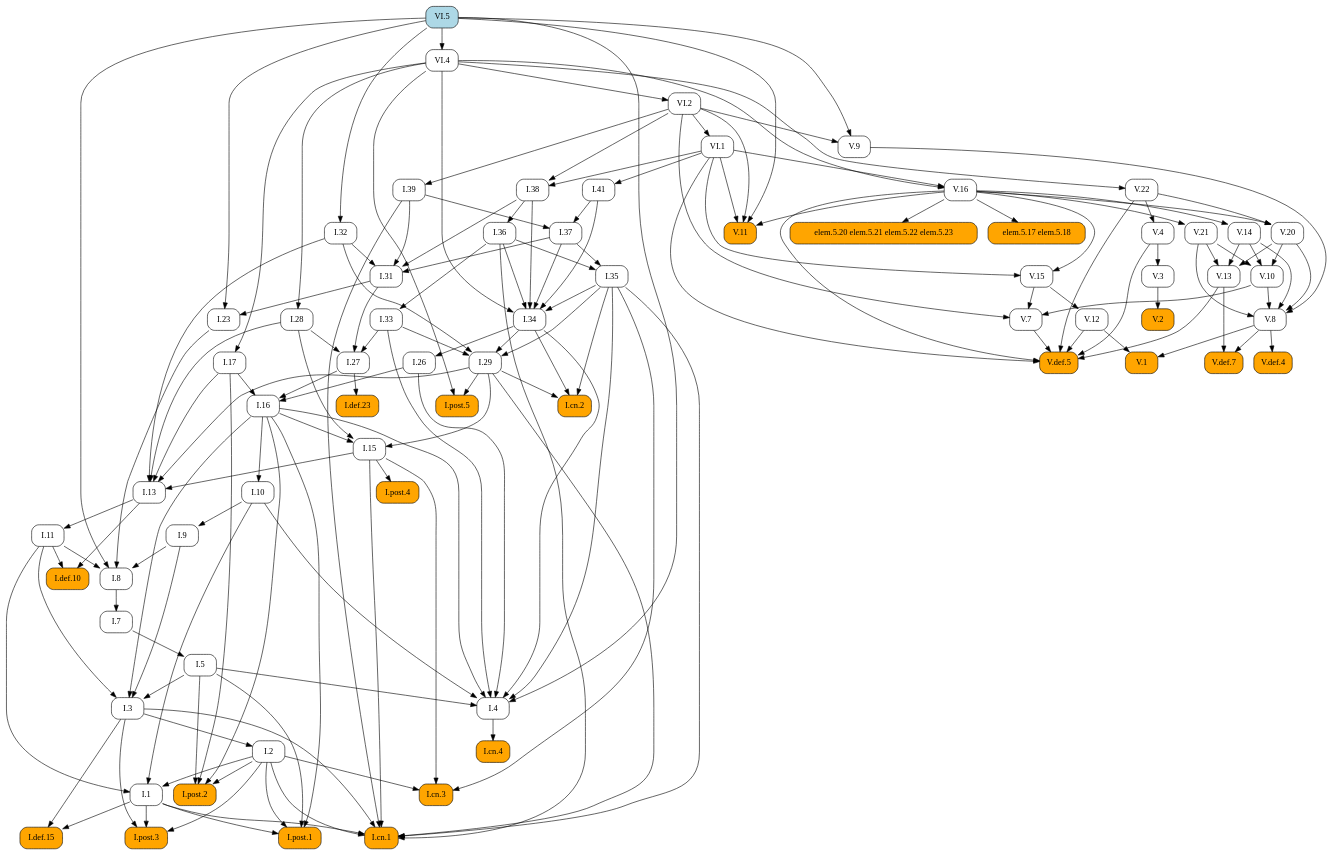
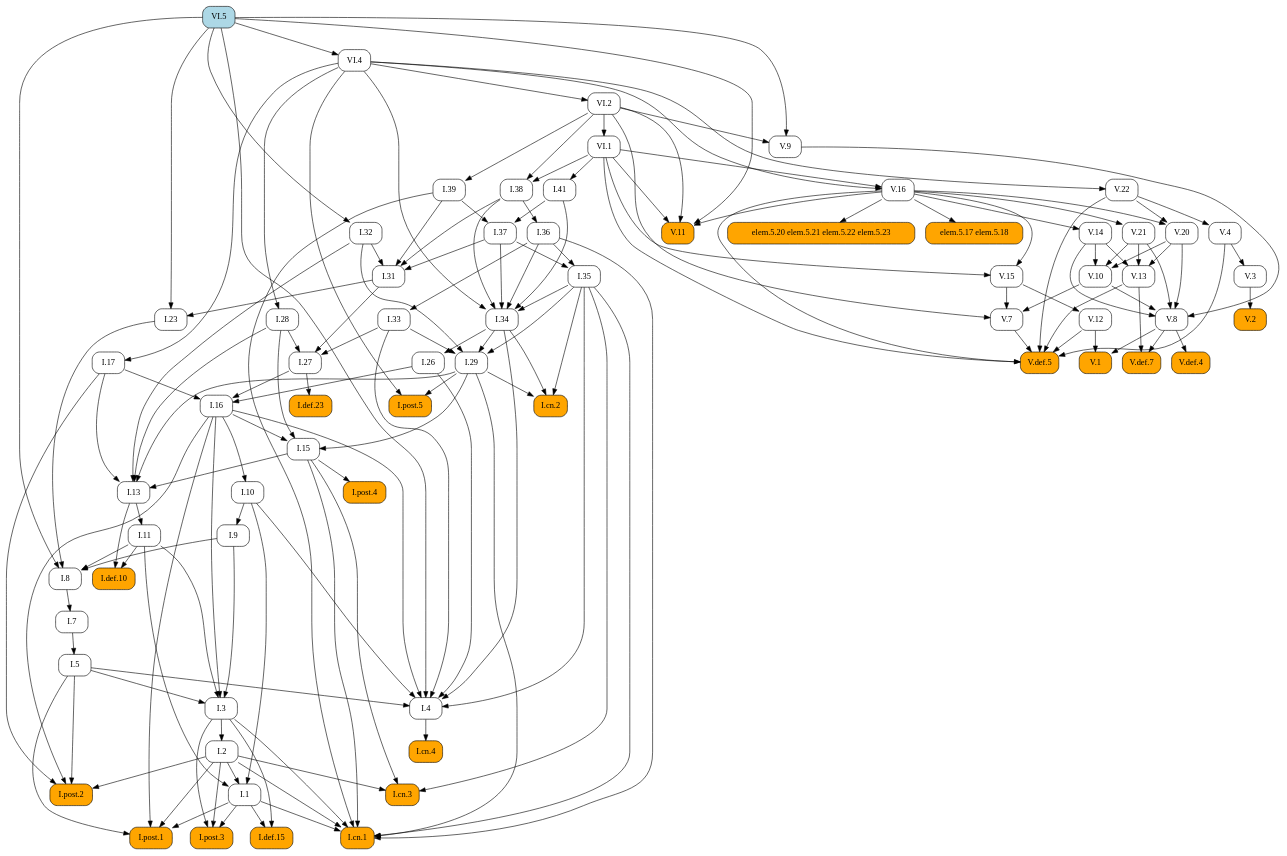
Before and after one commit to geometor/elements: the diagram in docsrc/heath/VI/5/index.rst, drawn with Graphviz. The commit also changed other lines of this file and 1029 other files, not shown here.

```diff
--- a/docsrc/heath/VI/5/index.rst
+++ b/docsrc/heath/VI/5/index.rst
@@ -115,116 +115,194 @@
    digraph {
      rankdir="TB";
      node [shape=box, style=rounded];
+     "I.def.10" [style="rounded,filled", fillcolor=orange, URL="/heath/I/def.10/", target="_top"];
+     "I.11" [URL="/heath/I/11/", target="_top"];
+     "I.post.4" [style="rounded,filled", fillcolor=orange, URL="/heath/I/post.4/", target="_top"];
+     "I.28" [URL="/heath/I/28/", target="_top"];
+     "I.1" [URL="/heath/I/1/", target="_top"];
+     "V.def.5" [style="rounded,filled", fillcolor=orange, URL="/heath/V/def.5/", target="_top"];
+     "V.13" [URL="/heath/V/13/", target="_top"];
+     "V.11" [style="rounded,filled", fillcolor=orange, URL="/heath/V/11/", target="_top"];
+     "I.post.3" [style="rounded,filled", fillcolor=orange, URL="/heath/I/post.3/", target="_top"];
+     "VI.1" [URL="/heath/VI/1/", target="_top"];
+     "I.cn.3" [style="rounded,filled", fillcolor=orange, URL="/heath/I/cn.3/", target="_top"];
+     "V.16" [URL="/heath/V/16/", target="_top"];
+     "VI.4" [URL="/heath/VI/4/", target="_top"];
+     "V.3" [URL="/heath/V/3/", target="_top"];
+     "V.8" [URL="/heath/V/8/", target="_top"];
+     "I.27" [URL="/heath/I/27/", target="_top"];
+     "I.36" [URL="/heath/I/36/", target="_top"];
+     "I.41" [URL="/heath/I/41/", target="_top"];
+     "I.37" [URL="/heath/I/37/", target="_top"];
+     "I.34" [URL="/heath/I/34/", target="_top"];
+     "I.2" [URL="/heath/I/2/", target="_top"];
+     "I.def.23" [style="rounded,filled", fillcolor=orange, URL="/heath/I/def.23/", target="_top"];
+     "I.17" [URL="/heath/I/17/", target="_top"];
+     "I.33" [URL="/heath/I/33/", target="_top"];
+     "I.post.2" [style="rounded,filled", fillcolor=orange, URL="/heath/I/post.2/", target="_top"];
+     "elem.5.20 elem.5.21 elem.5.22 elem.5.23" [style="rounded,filled", fillcolor=orange];
+     "I.9" [URL="/heath/I/9/", target="_top"];
+     "I.32" [URL="/heath/I/32/", target="_top"];
+     "I.cn.4" [style="rounded,filled", fillcolor=orange, URL="/heath/I/cn.4/", target="_top"];
+     "V.def.4" [style="rounded,filled", fillcolor=orange, URL="/heath/V/def.4/", target="_top"];
+     "I.15" [URL="/heath/I/15/", target="_top"];
+     "I.38" [URL="/heath/I/38/", target="_top"];
+     "V.def.7" [style="rounded,filled", fillcolor=orange, URL="/heath/V/def.7/", target="_top"];
+     "I.5" [URL="/heath/I/5/", target="_top"];
+     "V.21" [URL="/heath/V/21/", target="_top"];
+     "I.39" [URL="/heath/I/39/", target="_top"];
+     "I.26" [URL="/heath/I/26/", target="_top"];
+     "VI.5" [style="rounded,filled", fillcolor=lightblue, URL="/heath/VI/5/", target="_top"];
+     "V.14" [URL="/heath/V/14/", target="_top"];
+     "I.29" [URL="/heath/I/29/", target="_top"];
+     "V.22" [URL="/heath/V/22/", target="_top"];
+     "V.12" [URL="/heath/V/12/", target="_top"];
+     "I.cn.2" [style="rounded,filled", fillcolor=orange, URL="/heath/I/cn.2/", target="_top"];
+     "V.20" [URL="/heath/V/20/", target="_top"];
+     "V.10" [URL="/heath/V/10/", target="_top"];
+     "VI.2" [URL="/heath/VI/2/", target="_top"];
+     "I.def.15" [style="rounded,filled", fillcolor=orange, URL="/heath/I/def.15/", target="_top"];
+     "V.15" [URL="/heath/V/15/", target="_top"];
+     "I.cn.1" [style="rounded,filled", fillcolor=orange, URL="/heath/I/cn.1/", target="_top"];
+     "V.7" [URL="/heath/V/7/", target="_top"];
+     "V.9" [URL="/heath/V/9/", target="_top"];
+     "I.23" [URL="/heath/I/23/", target="_top"];
+     "I.post.1" [style="rounded,filled", fillcolor=orange, URL="/heath/I/post.1/", target="_top"];
+     "I.35" [URL="/heath/I/35/", target="_top"];
+     "I.7" [URL="/heath/I/7/", target="_top"];
+     "I.3" [URL="/heath/I/3/", target="_top"];
+     "I.4" [URL="/heath/I/4/", target="_top"];
+     "I.13" [URL="/heath/I/13/", target="_top"];
+     "V.4" [URL="/heath/V/4/", target="_top"];
+     "I.31" [URL="/heath/I/31/", target="_top"];
      "V.1" [style="rounded,filled", fillcolor=orange, URL="/heath/V/1/", target="_top"];
-     "I.29" [URL="/heath/I/29/", target="_top"];
-     "I.7" [URL="/heath/I/7/", target="_top"];
-     "I.27" [URL="/heath/I/27/", target="_top"];
-     "I.def.23" [style="rounded,filled", fillcolor=orange, URL="/heath/I/def.23/", target="_top"];
-     "V.20" [URL="/heath/V/20/", target="_top"];
-     "I.34" [URL="/heath/I/34/", target="_top"];
+     "I.16" [URL="/heath/I/16/", target="_top"];
+     "elem.5.17 elem.5.18" [style="rounded,filled", fillcolor=orange];
      "I.8" [URL="/heath/I/8/", target="_top"];
      "V.2" [style="rounded,filled", fillcolor=orange, URL="/heath/V/2/", target="_top"];
-     "I.9" [URL="/heath/I/9/", target="_top"];
-     "V.22" [URL="/heath/V/22/", target="_top"];
-     "I.post.4" [style="rounded,filled", fillcolor=orange, URL="/heath/I/post.4/", target="_top"];
-     "I.2" [URL="/heath/I/2/", target="_top"];
-     "V.4" [URL="/heath/V/4/", target="_top"];
-     "I.28" [URL="/heath/I/28/", target="_top"];
-     "VI.4" [URL="/heath/VI/4/", target="_top"];
-     "I.cn.4" [style="rounded,filled", fillcolor=orange, URL="/heath/I/cn.4/", target="_top"];
-     "VI.2" [URL="/heath/VI/2/", target="_top"];
-     "VI.5" [style="rounded,filled", fillcolor=lightblue, URL="/heath/VI/5/", target="_top"];
-     "elem.5.20 elem.5.21 elem.5.22 elem.5.23" [style="rounded,filled", fillcolor=orange];
-     "I.23" [URL="/heath/I/23/", target="_top"];
-     "I.13" [URL="/heath/I/13/", target="_top"];
-     "I.5" [URL="/heath/I/5/", target="_top"];
-     "I.11" [URL="/heath/I/11/", target="_top"];
-     "I.4" [URL="/heath/I/4/", target="_top"];
-     "I.def.10" [style="rounded,filled", fillcolor=orange, URL="/heath/I/def.10/", target="_top"];
-     "I.post.3" [style="rounded,filled", fillcolor=orange, URL="/heath/I/post.3/", target="_top"];
-     "V.9" [URL="/heath/V/9/", target="_top"];
-     "elem.5.17 elem.5.18" [style="rounded,filled", fillcolor=orange];
-     "V.3" [URL="/heath/V/3/", target="_top"];
-     "I.36" [URL="/heath/I/36/", target="_top"];
-     "V.12" [URL="/heath/V/12/", target="_top"];
-     "I.15" [URL="/heath/I/15/", target="_top"];
-     "I.17" [URL="/heath/I/17/", target="_top"];
-     "I.32" [URL="/heath/I/32/", target="_top"];
-     "I.41" [URL="/heath/I/41/", target="_top"];
-     "V.def.5" [style="rounded,filled", fillcolor=orange, URL="/heath/V/def.5/", target="_top"];
-     "I.cn.3" [style="rounded,filled", fillcolor=orange, URL="/heath/I/cn.3/", target="_top"];
-     "V.16" [URL="/heath/V/16/", target="_top"];
-     "I.38" [URL="/heath/I/38/", target="_top"];
-     "V.15" [URL="/heath/V/15/", target="_top"];
-     "V.def.4" [style="rounded,filled", fillcolor=orange, URL="/heath/V/def.4/", target="_top"];
-     "V.21" [URL="/heath/V/21/", target="_top"];
-     "V.8" [URL="/heath/V/8/", target="_top"];
-     "V.7" [URL="/heath/V/7/", target="_top"];
-     "I.1" [URL="/heath/I/1/", target="_top"];
-     "I.def.15" [style="rounded,filled", fillcolor=orange, URL="/heath/I/def.15/", target="_top"];
-     "I.post.1" [style="rounded,filled", fillcolor=orange, URL="/heath/I/post.1/", target="_top"];
-     "V.13" [URL="/heath/V/13/", target="_top"];
-     "I.26" [URL="/heath/I/26/", target="_top"];
-     "I.33" [URL="/heath/I/33/", target="_top"];
-     "V.def.7" [style="rounded,filled", fillcolor=orange, URL="/heath/V/def.7/", target="_top"];
-     "I.39" [URL="/heath/I/39/", target="_top"];
-     "I.cn.2" [style="rounded,filled", fillcolor=orange, URL="/heath/I/cn.2/", target="_top"];
-     "V.10" [URL="/heath/V/10/", target="_top"];
+     "I.post.5" [style="rounded,filled", fillcolor=orange, URL="/heath/I/post.5/", target="_top"];
      "I.10" [URL="/heath/I/10/", target="_top"];
-     "I.3" [URL="/heath/I/3/", target="_top"];
-     "I.16" [URL="/heath/I/16/", target="_top"];
-     "I.31" [URL="/heath/I/31/", target="_top"];
-     "V.11" [style="rounded,filled", fillcolor=orange, URL="/heath/V/11/", target="_top"];
-     "I.post.2" [style="rounded,filled", fillcolor=orange, URL="/heath/I/post.2/", target="_top"];
-     "I.post.5" [style="rounded,filled", fillcolor=orange, URL="/heath/I/post.5/", target="_top"];
-     "VI.1" [URL="/heath/VI/1/", target="_top"];
-     "I.35" [URL="/heath/I/35/", target="_top"];
-     "I.cn.1" [style="rounded,filled", fillcolor=orange, URL="/heath/I/cn.1/", target="_top"];
-     "I.37" [URL="/heath/I/37/", target="_top"];
-     "V.14" [URL="/heath/V/14/", target="_top"];
-     "V.8" -> "V.1";
-     "V.12" -> "V.1";
-     "I.32" -> "I.29";
-     "I.33" -> "I.29";
-     "I.34" -> "I.29";
-     "I.35" -> "I.29";
-     "I.8" -> "I.7";
+     "I.11" -> "I.def.10";
+     "I.13" -> "I.def.10";
+     "I.13" -> "I.11";
+     "I.15" -> "I.post.4";
+     "VI.4" -> "I.28";
+     "I.2" -> "I.1";
+     "I.10" -> "I.1";
+     "I.11" -> "I.1";
+     "V.4" -> "V.def.5";
+     "V.7" -> "V.def.5";
+     "V.12" -> "V.def.5";
+     "V.13" -> "V.def.5";
+     "V.16" -> "V.def.5";
+     "V.22" -> "V.def.5";
+     "VI.1" -> "V.def.5";
+     "V.14" -> "V.13";
+     "V.20" -> "V.13";
+     "V.21" -> "V.13";
+     "V.16" -> "V.11";
+     "VI.1" -> "V.11";
+     "VI.2" -> "V.11";
+     "VI.5" -> "V.11";
+     "I.1" -> "I.post.3";
+     "I.2" -> "I.post.3";
+     "I.3" -> "I.post.3";
+     "VI.2" -> "VI.1";
+     "I.2" -> "I.cn.3";
+     "I.15" -> "I.cn.3";
+     "I.35" -> "I.cn.3";
+     "VI.1" -> "V.16";
+     "VI.4" -> "V.16";
+     "VI.5" -> "VI.4";
+     "V.4" -> "V.3";
+     "V.9" -> "V.8";
+     "V.10" -> "V.8";
+     "V.14" -> "V.8";
+     "V.20" -> "V.8";
+     "V.21" -> "V.8";
      "I.28" -> "I.27";
      "I.31" -> "I.27";
      "I.33" -> "I.27";
-     "I.27" -> "I.def.23";
-     "V.16" -> "V.20";
-     "V.22" -> "V.20";
+     "I.38" -> "I.36";
+     "VI.1" -> "I.41";
+     "I.39" -> "I.37";
+     "I.41" -> "I.37";
      "I.35" -> "I.34";
      "I.36" -> "I.34";
      "I.37" -> "I.34";
      "I.38" -> "I.34";
      "I.41" -> "I.34";
      "VI.4" -> "I.34";
-     "I.9" -> "I.8";
-     "I.11" -> "I.8";
-     "I.23" -> "I.8";
-     "VI.5" -> "I.8";
-     "V.3" -> "V.2";
+     "I.3" -> "I.2";
+     "I.27" -> "I.def.23";
+     "VI.4" -> "I.17";
+     "I.36" -> "I.33";
+     "I.2" -> "I.post.2";
+     "I.5" -> "I.post.2";
+     "I.16" -> "I.post.2";
+     "I.17" -> "I.post.2";
+     "V.16" -> "elem.5.20 elem.5.21 elem.5.22 elem.5.23";
      "I.10" -> "I.9";
+     "VI.5" -> "I.32";
+     "I.4" -> "I.cn.4";
+     "V.8" -> "V.def.4";
+     "I.16" -> "I.15";
+     "I.28" -> "I.15";
+     "I.29" -> "I.15";
+     "VI.1" -> "I.38";
+     "VI.2" -> "I.38";
+     "V.8" -> "V.def.7";
+     "V.13" -> "V.def.7";
+     "I.7" -> "I.5";
+     "V.16" -> "V.21";
+     "VI.2" -> "I.39";
+     "I.34" -> "I.26";
+     "V.16" -> "V.14";
+     "I.32" -> "I.29";
+     "I.33" -> "I.29";
+     "I.34" -> "I.29";
+     "I.35" -> "I.29";
      "VI.4" -> "V.22";
-     "I.15" -> "I.post.4";
-     "I.3" -> "I.2";
-     "V.22" -> "V.4";
-     "VI.4" -> "I.28";
-     "VI.5" -> "VI.4";
-     "I.4" -> "I.cn.4";
+     "V.15" -> "V.12";
+     "I.29" -> "I.cn.2";
+     "I.34" -> "I.cn.2";
+     "I.35" -> "I.cn.2";
+     "V.16" -> "V.20";
+     "V.22" -> "V.20";
+     "V.14" -> "V.10";
+     "V.20" -> "V.10";
+     "V.21" -> "V.10";
      "VI.4" -> "VI.2";
-     "V.16" -> "elem.5.20 elem.5.21 elem.5.22 elem.5.23";
+     "I.1" -> "I.def.15";
+     "I.3" -> "I.def.15";
+     "V.16" -> "V.15";
+     "VI.1" -> "V.15";
+     "I.1" -> "I.cn.1";
+     "I.2" -> "I.cn.1";
+     "I.3" -> "I.cn.1";
+     "I.15" -> "I.cn.1";
+     "I.29" -> "I.cn.1";
+     "I.35" -> "I.cn.1";
+     "I.36" -> "I.cn.1";
+     "I.39" -> "I.cn.1";
+     "V.10" -> "V.7";
+     "V.15" -> "V.7";
+     "VI.2" -> "V.7";
+     "VI.2" -> "V.9";
+     "VI.5" -> "V.9";
      "I.31" -> "I.23";
      "VI.5" -> "I.23";
-     "I.15" -> "I.13";
-     "I.17" -> "I.13";
-     "I.28" -> "I.13";
-     "I.29" -> "I.13";
-     "I.32" -> "I.13";
-     "I.7" -> "I.5";
-     "I.13" -> "I.11";
+     "I.1" -> "I.post.1";
+     "I.2" -> "I.post.1";
+     "I.5" -> "I.post.1";
+     "I.16" -> "I.post.1";
+     "I.36" -> "I.35";
+     "I.37" -> "I.35";
+     "I.8" -> "I.7";
+     "I.5" -> "I.3";
+     "I.9" -> "I.3";
+     "I.11" -> "I.3";
+     "I.16" -> "I.3";
      "I.5" -> "I.4";
      "I.10" -> "I.4";
      "I.16" -> "I.4";
@@ -233,106 +311,28 @@
      "I.34" -> "I.4";
      "I.35" -> "I.4";
      "VI.5" -> "I.4";
-     "I.11" -> "I.def.10";
-     "I.13" -> "I.def.10";
-     "I.1" -> "I.post.3";
-     "I.2" -> "I.post.3";
-     "I.3" -> "I.post.3";
-     "VI.2" -> "V.9";
-     "VI.5" -> "V.9";
-     "V.16" -> "elem.5.17 elem.5.18";
-     "V.4" -> "V.3";
-     "I.38" -> "I.36";
-     "V.15" -> "V.12";
-     "I.16" -> "I.15";
-     "I.28" -> "I.15";
-     "I.29" -> "I.15";
-     "VI.4" -> "I.17";
-     "VI.5" -> "I.32";
-     "VI.1" -> "I.41";
-     "V.4" -> "V.def.5";
-     "V.7" -> "V.def.5";
-     "V.12" -> "V.def.5";
-     "V.13" -> "V.def.5";
-     "V.16" -> "V.def.5";
-     "V.22" -> "V.def.5";
-     "VI.1" -> "V.def.5";
-     "I.2" -> "I.cn.3";
-     "I.15" -> "I.cn.3";
-     "I.35" -> "I.cn.3";
-     "VI.1" -> "V.16";
-     "VI.4" -> "V.16";
-     "VI.1" -> "I.38";
-     "VI.2" -> "I.38";
-     "V.16" -> "V.15";
-     "VI.1" -> "V.15";
-     "V.8" -> "V.def.4";
-     "V.16" -> "V.21";
-     "V.9" -> "V.8";
-     "V.10" -> "V.8";
-     "V.14" -> "V.8";
-     "V.20" -> "V.8";
-     "V.21" -> "V.8";
-     "V.10" -> "V.7";
-     "V.15" -> "V.7";
-     "VI.2" -> "V.7";
-     "I.2" -> "I.1";
-     "I.10" -> "I.1";
-     "I.11" -> "I.1";
-     "I.1" -> "I.def.15";
-     "I.3" -> "I.def.15";
-     "I.1" -> "I.post.1";
-     "I.2" -> "I.post.1";
-     "I.5" -> "I.post.1";
-     "I.16" -> "I.post.1";
-     "V.14" -> "V.13";
-     "V.20" -> "V.13";
-     "V.21" -> "V.13";
-     "I.34" -> "I.26";
-     "I.36" -> "I.33";
-     "V.8" -> "V.def.7";
-     "V.13" -> "V.def.7";
-     "VI.2" -> "I.39";
-     "I.29" -> "I.cn.2";
-     "I.34" -> "I.cn.2";
-     "I.35" -> "I.cn.2";
-     "V.14" -> "V.10";
-     "V.20" -> "V.10";
-     "V.21" -> "V.10";
-     "I.16" -> "I.10";
-     "I.5" -> "I.3";
-     "I.9" -> "I.3";
-     "I.11" -> "I.3";
-     "I.16" -> "I.3";
-     "I.17" -> "I.16";
-     "I.26" -> "I.16";
-     "I.27" -> "I.16";
+     "I.15" -> "I.13";
+     "I.17" -> "I.13";
+     "I.28" -> "I.13";
+     "I.29" -> "I.13";
+     "I.32" -> "I.13";
+     "V.22" -> "V.4";
      "I.32" -> "I.31";
      "I.37" -> "I.31";
      "I.38" -> "I.31";
      "I.39" -> "I.31";
-     "V.16" -> "V.11";
-     "VI.1" -> "V.11";
-     "VI.2" -> "V.11";
-     "VI.5" -> "V.11";
-     "I.2" -> "I.post.2";
-     "I.5" -> "I.post.2";
-     "I.16" -> "I.post.2";
-     "I.17" -> "I.post.2";
+     "V.8" -> "V.1";
+     "V.12" -> "V.1";
+     "I.17" -> "I.16";
+     "I.26" -> "I.16";
+     "I.27" -> "I.16";
+     "V.16" -> "elem.5.17 elem.5.18";
+     "I.9" -> "I.8";
+     "I.11" -> "I.8";
+     "I.23" -> "I.8";
+     "VI.5" -> "I.8";
+     "V.3" -> "V.2";
      "I.29" -> "I.post.5";
      "VI.4" -> "I.post.5";
-     "VI.2" -> "VI.1";
-     "I.36" -> "I.35";
-     "I.37" -> "I.35";
-     "I.1" -> "I.cn.1";
-     "I.2" -> "I.cn.1";
-     "I.3" -> "I.cn.1";
-     "I.15" -> "I.cn.1";
-     "I.29" -> "I.cn.1";
-     "I.35" -> "I.cn.1";
-     "I.36" -> "I.cn.1";
-     "I.39" -> "I.cn.1";
-     "I.39" -> "I.37";
-     "I.41" -> "I.37";
-     "V.16" -> "V.14";
+     "I.16" -> "I.10";
    }
```
